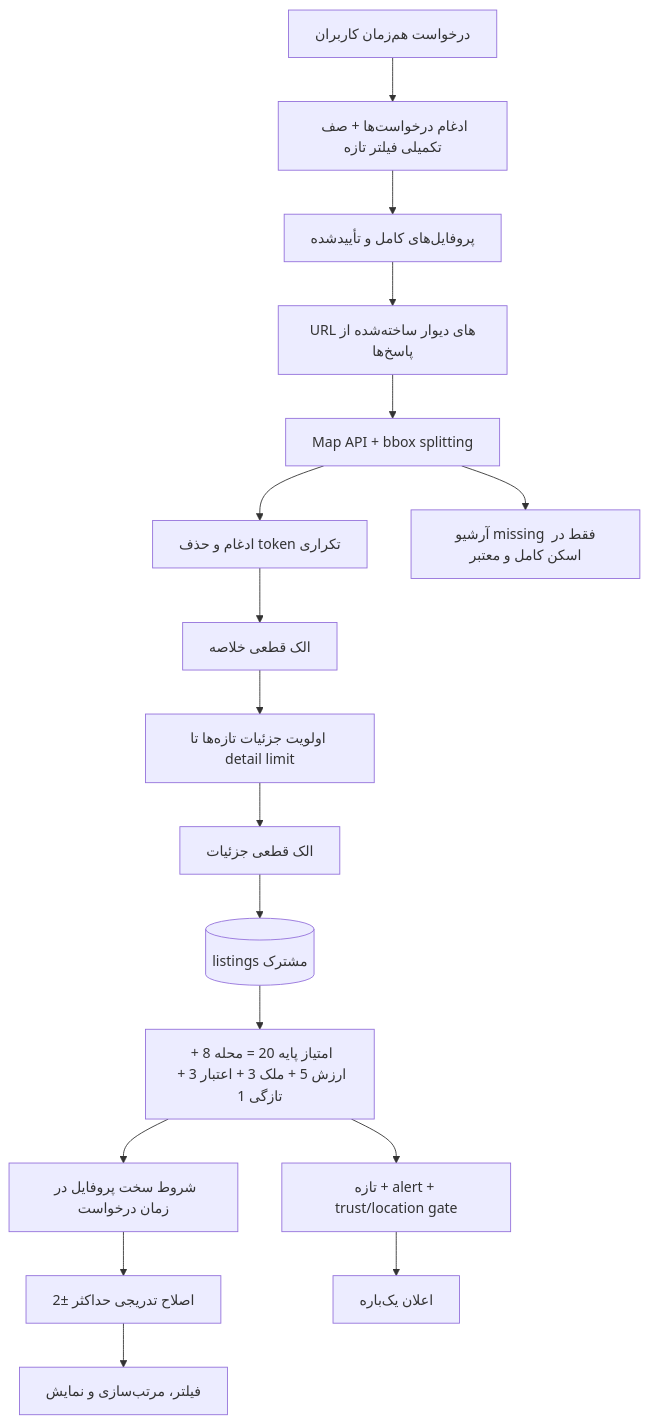
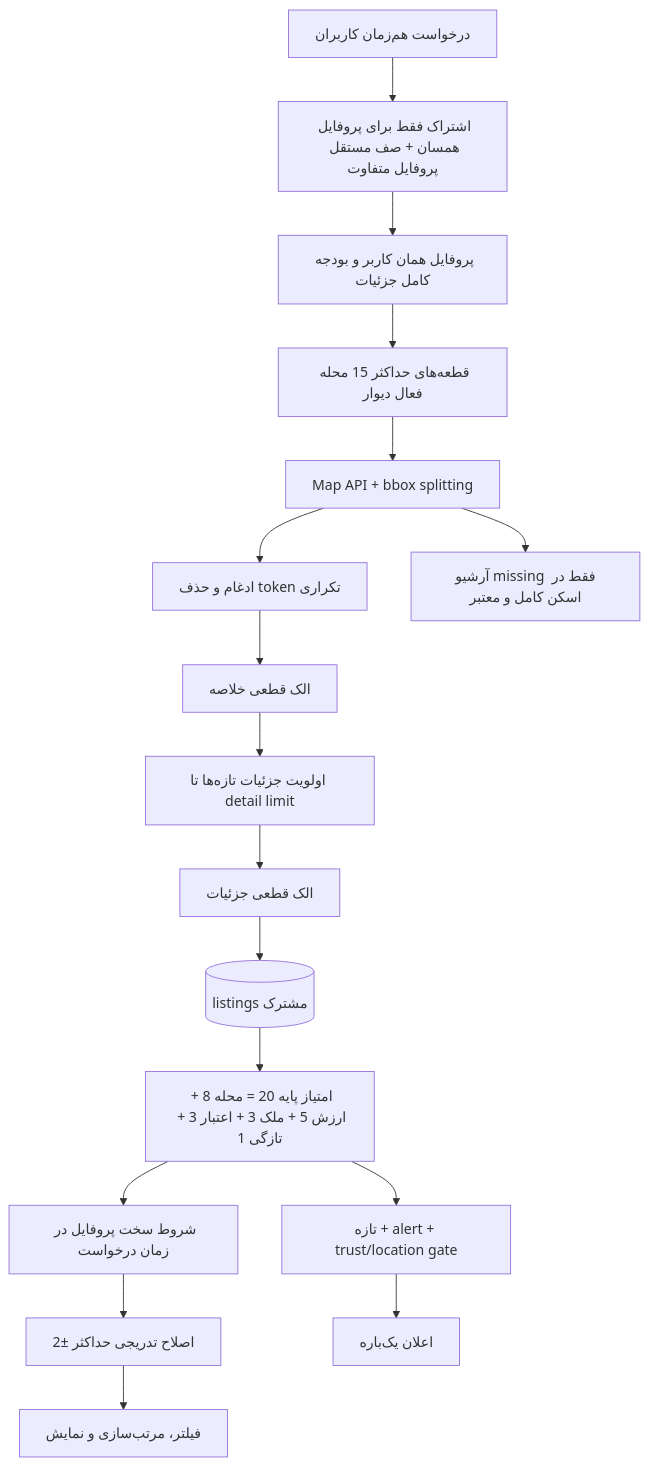
One commit to mohsen8209/khaneh-yab-public changed the third of 5 diagrams in ARCHITECTURE.md. Above: the diagram before and after it, drawn with Mermaid. The commit also changed other lines of this file and 17 other files, not shown here.

````diff
--- a/ARCHITECTURE.md
+++ b/ARCHITECTURE.md
@@ -68,19 +68,19 @@
 ```mermaid
 flowchart TD
-    Requests[درخواست هم‌زمان کاربران] --> Queue[ادغام درخواست‌ها + صف تکمیلی فیلتر تازه]
-    Queue --> Profiles[پروفایل‌های کامل و تأییدشده]
-    Profiles --> URLs[URLهای دیوار ساخته‌شده از پاسخ‌ها]
+    Requests[درخواست هم‌زمان کاربران] --> Queue[اشتراک فقط برای پروفایل همسان + صف مستقل پروفایل متفاوت]
+    Queue --> Profiles[پروفایل همان کاربر و بودجه کامل جزئیات]
+    Profiles --> URLs[قطعه‌های حداکثر 15 محله فعال دیوار]
     URLs --> Map[Map API + bbox splitting]
     Map --> Merge[ادغام و حذف token تکراری]
     Merge --> Early[الک قطعی خلاصه]
     Early --> Details[اولویت جزئیات تازه‌ها تا detail limit]
     Details --> HardSpam[الک قطعی جزئیات]
     HardSpam --> Store[(listings مشترک)]
     Store --> Base[امتیاز پایه 20 = محله 8 + ارزش 5 + ملک 3 + اعتبار 3 + تازگی 1]
     Base --> UserScope[شروط سخت پروفایل در زمان درخواست]
     UserScope --> Personal[اصلاح تدریجی حداکثر ±2]
     Personal --> Dashboard[فیلتر، مرتب‌سازی و نمایش]
     Base --> NotifyGate[تازه + alert + trust/location gate]
     NotifyGate --> Ntfy[اعلان یک‌باره]
     Map --> Archive[آرشیو missing فقط در اسکن کامل و معتبر]
 ```
````
